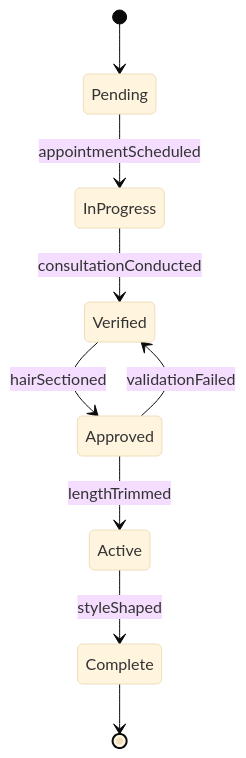
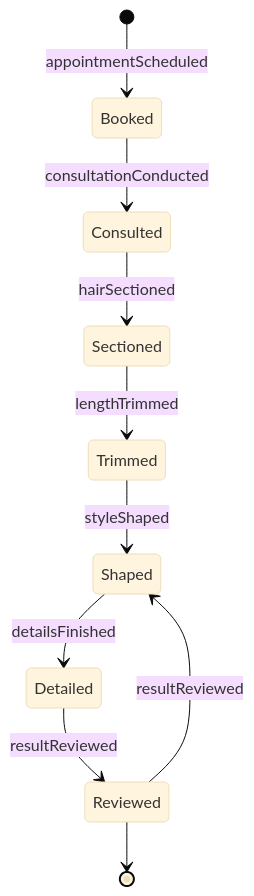
The second of 4 diagrams in HandlingAndMovingObjects/GroomOrStyleHair/TrimClientHair.mdx (dot-org-ai/tasks.org.ai), drawn with Mermaid (base theme) before and after one commit. The commit also changed other lines of this file and 515 other files, not shown here.

````diff
--- a/HandlingAndMovingObjects/GroomOrStyleHair/TrimClientHair.mdx
+++ b/HandlingAndMovingObjects/GroomOrStyleHair/TrimClientHair.mdx
@@ -100,11 +101,12 @@
 ```mermaid
 stateDiagram-v2
-    [*] --> Pending
-    Pending --> InProgress : appointmentScheduled
-    InProgress --> Verified : consultationConducted
-    Verified --> Approved : hairSectioned
-    Approved --> Active : lengthTrimmed
-    Active --> Complete : styleShaped
-    Approved --> Verified : validationFailed
-    Complete --> [*]
+    [*] --> Booked : appointmentScheduled
+    Booked --> Consulted : consultationConducted
+    Consulted --> Sectioned : hairSectioned
+    Sectioned --> Trimmed : lengthTrimmed
+    Trimmed --> Shaped : styleShaped
+    Shaped --> Detailed : detailsFinished
+    Detailed --> Reviewed : resultReviewed
+    Reviewed --> Shaped : resultReviewed
+    Reviewed --> [*]
 ```
````
